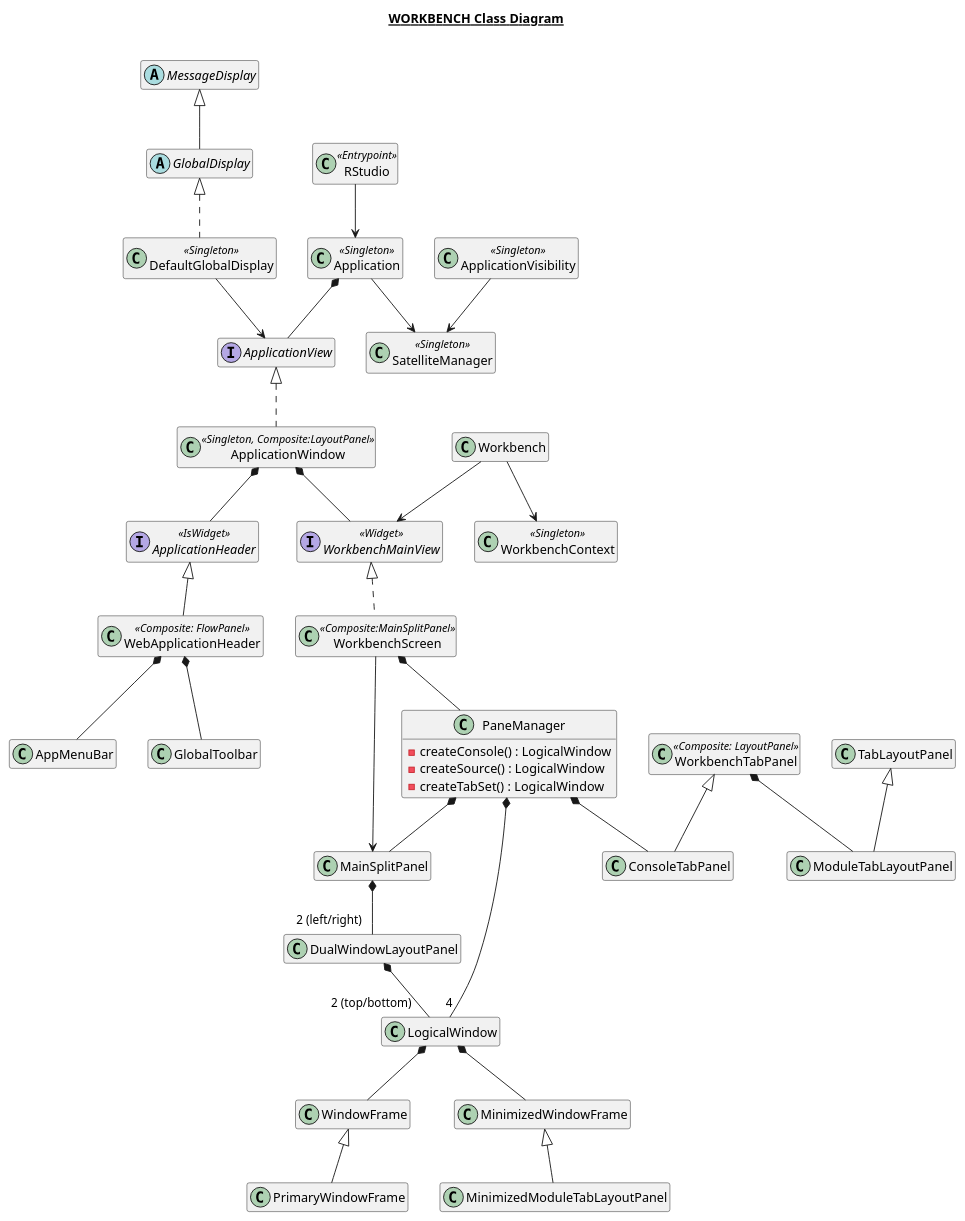
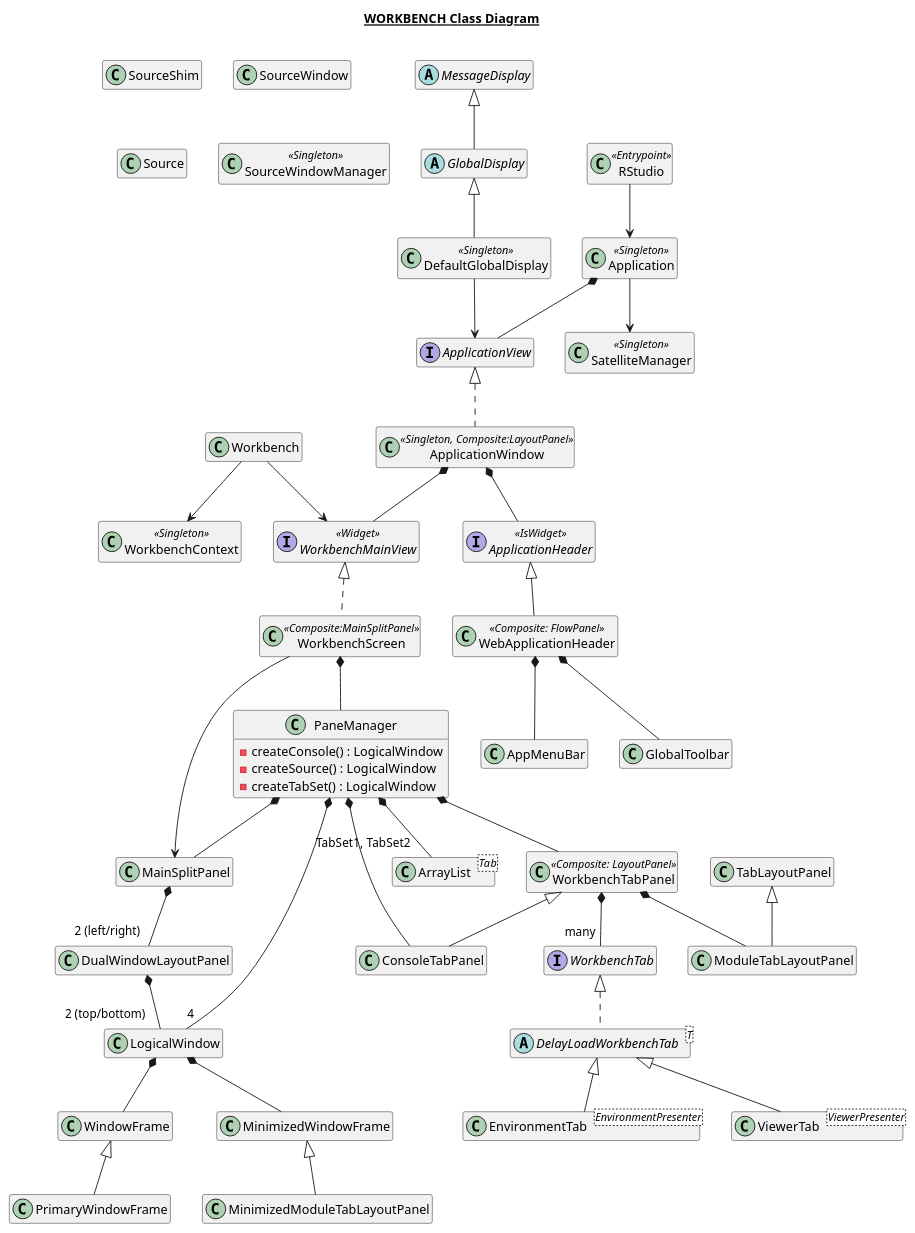
The diagram in workbench.plantuml (isabella232/gary-uml), drawn with PlantUML before and after one commit. The commit also changed 1 other file, not shown here.

Commit message:
work in progress on workbench class dialog and tabset class dialog

```diff
--- a/workbench.plantuml
+++ b/workbench.plantuml
@@ -45,19 +45,13 @@
 }
 hide DefaultGlobalDisplay methods
 hide DefaultGlobalDisplay fields
-GlobalDisplay <|.. DefaultGlobalDisplay
+GlobalDisplay <|-- DefaultGlobalDisplay
 DefaultGlobalDisplay --> ApplicationView
 
 class SatelliteManager <<Singleton>> {
 }
 hide SatelliteManager methods
 hide SatelliteManager fields
-
-class ApplicationVisibility <<Singleton>> {
-}
-ApplicationVisibility --> SatelliteManager
-hide ApplicationVisibility methods
-hide ApplicationVisibility fields
 
 class RStudio <<Entrypoint>> {
 }
@@ -185,17 +179,47 @@
 hide ModuleTabLayoutPanel fields
 TabLayoutPanel <|-- ModuleTabLayoutPanel
 
+interface WorkbenchTab {
+}
+hide WorkbenchTab methods
+hide WorkbenchTab fields
+
+abstract class DelayLoadWorkbenchTab<T> {
+}
+hide DelayLoadWorkbenchTab methods
+hide DelayLoadWorkbenchTab fields
+WorkbenchTab <|.. DelayLoadWorkbenchTab
+
+class EnvironmentTab<EnvironmentPresenter> {
+}
+hide EnvironmentTab methods
+hide EnvironmentTab fields
+DelayLoadWorkbenchTab <|-- EnvironmentTab
+
+class ViewerTab<ViewerPresenter> {
+}
+hide ViewerTab methods
+hide ViewerTab fields
+DelayLoadWorkbenchTab <|-- ViewerTab
+
+
 class WorkbenchTabPanel <<Composite: LayoutPanel>> {
 }
 hide WorkbenchTabPanel methods
 hide WorkbenchTabPanel fields
 WorkbenchTabPanel *-- ModuleTabLayoutPanel
+WorkbenchTabPanel *-- "many" WorkbenchTab
 
 class ConsoleTabPanel {
 }
 hide ConsoleTabPanel methods
 hide ConsoleTabPanel fields
 WorkbenchTabPanel <|-- ConsoleTabPanel
+
+class ArrayList<Tab> {
+}
+hide ArrayList methods
+hide ArrayList fields
 
 class PaneManager {
    - createConsole() : LogicalWindow
@@ -207,6 +231,8 @@
 PaneManager *-- MainSplitPanel
 PaneManager *-- "4" LogicalWindow
 PaneManager *-- ConsoleTabPanel
+PaneManager *-- "TabSet1, TabSet2" ArrayList
+PaneManager *-- WorkbenchTabPanel
 
 class DualWindowLayoutPanel {
 }
@@ -228,4 +254,24 @@
 hide MinimizedModuleTabLayoutPanel fields
 MinimizedWindowFrame <|-- MinimizedModuleTabLayoutPanel
 
+class SourceShim {
+}
+hide SourceShim methods
+hide SourceShim fields
+
+class SourceWindow {
+}
+hide SourceWindow methods
+hide SourceWindow fields
+
+class Source {
+}
+hide Source methods
+hide Source fields
+
+class SourceWindowManager <<Singleton>> {
+}
+hide SourceWindowManager methods
+hide SourceWindowManager fields
+
 @enduml
```
